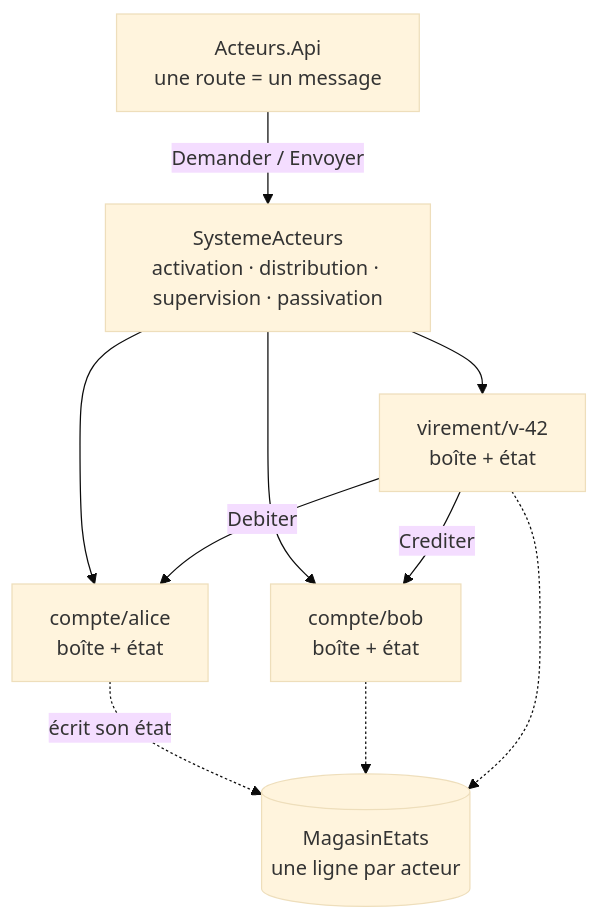
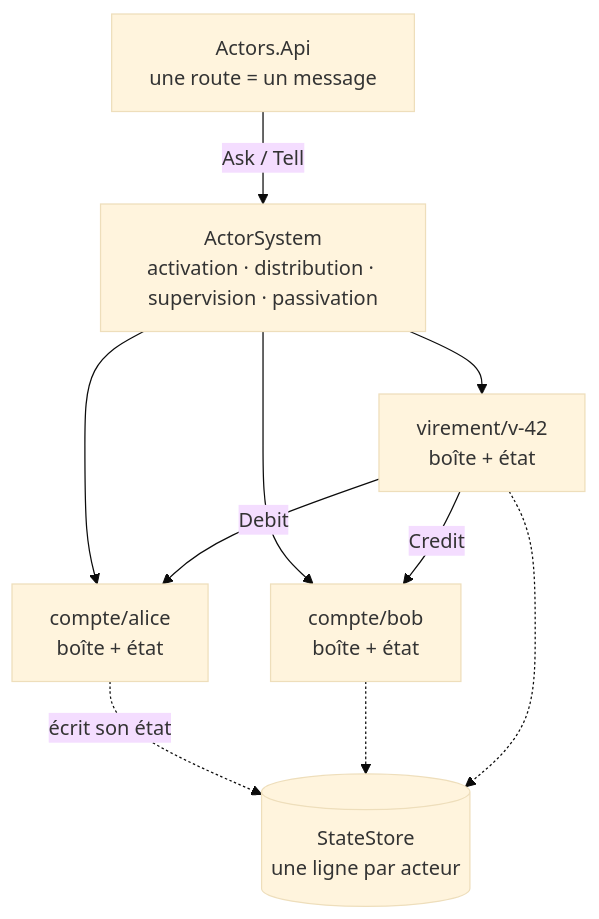
The second of 4 diagrams in Docs/18-modele-acteurs.md (drangoht/ArchitecturesDemo), drawn with Mermaid (base theme) before and after one commit. The commit also changed other lines of this file and 70 other files, not shown here.

Commit message:
Docs FR : identifiants, liens, diagrammes et sorties alignés sur le code anglais

````diff
--- a/Docs/18-modele-acteurs.md
+++ b/Docs/18-modele-acteurs.md
@@ -58,12 +58,12 @@
 ```mermaid
 flowchart TB
-    API["Acteurs.Api<br/>une route = un message"] -->|"Demander / Envoyer"| SYS["SystemeActeurs<br/>activation · distribution · supervision · passivation"]
+    API["Actors.Api<br/>une route = un message"] -->|"Ask / Tell"| SYS["ActorSystem<br/>activation · distribution · supervision · passivation"]
     SYS --> C1["compte/alice<br/>boîte + état"]
     SYS --> C2["compte/bob<br/>boîte + état"]
     SYS --> V1["virement/v-42<br/>boîte + état"]
-    V1 -->|"Debiter"| C1
-    V1 -->|"Crediter"| C2
-    C1 -.->|"écrit son état"| ST[("MagasinEtats<br/>une ligne par acteur")]
+    V1 -->|"Debit"| C1
+    V1 -->|"Credit"| C2
+    C1 -.->|"écrit son état"| ST[("StateStore<br/>une ligne par acteur")]
     C2 -.-> ST
     V1 -.-> ST
 ```
````
